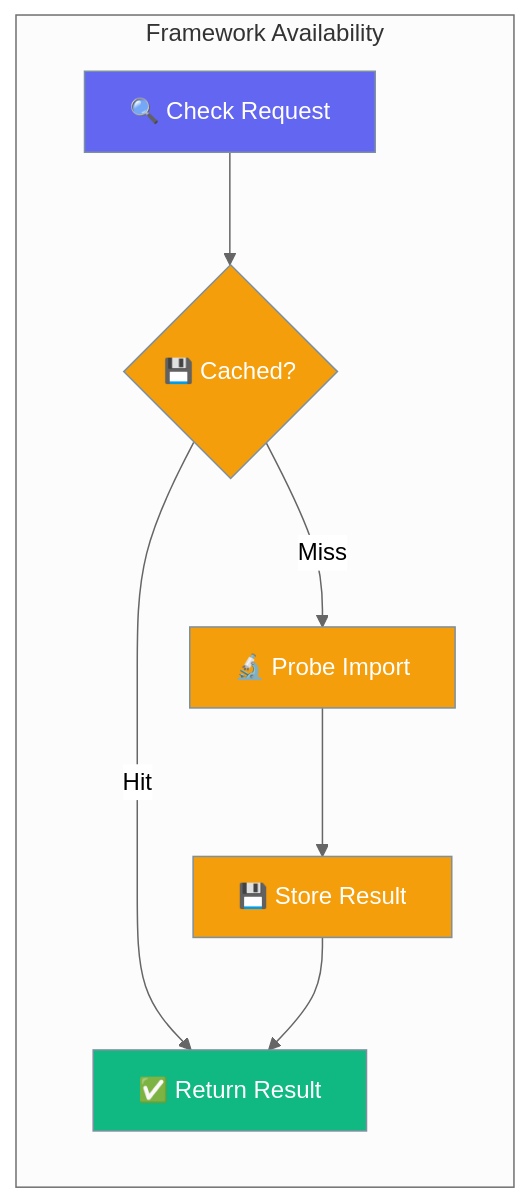
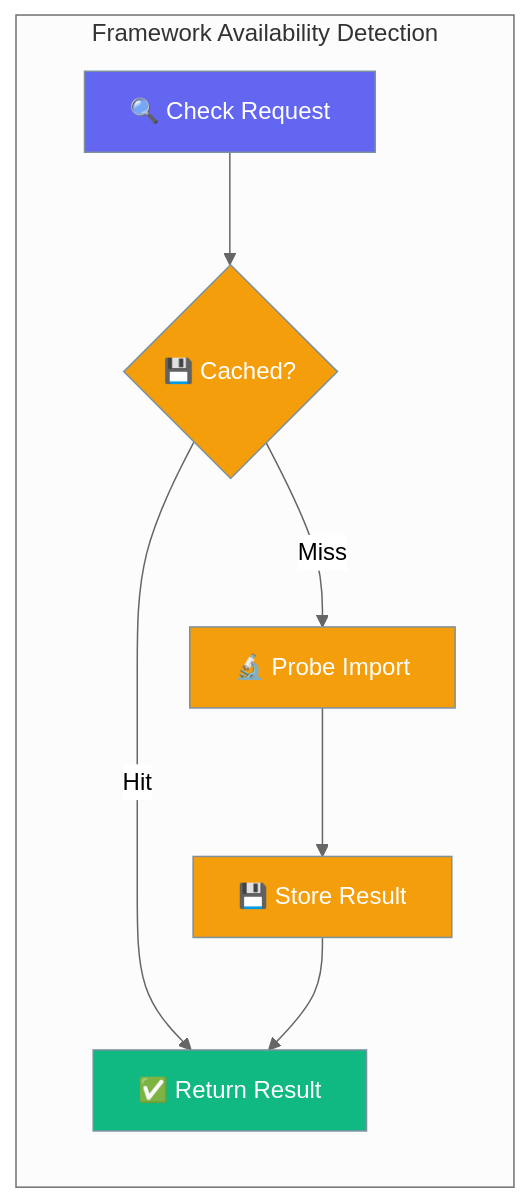
One commit to MervinPraison/PraisonAIDocs changed the first of 2 diagrams in docs/features/framework-availability.mdx. Above: the diagram before and after it, drawn with Mermaid (neutral theme). The commit also changed other lines of this file and 45 other files, not shown here.

First line of the commit message:
docs: fix truncated Mermaid diagram feature names (22-char cutoff)

````diff
--- a/docs/features/framework-availability.mdx
+++ b/docs/features/framework-availability.mdx
@@ -27,19 +27,19 @@
 ```mermaid
 graph LR
-    subgraph "Framework Availability"
+    subgraph "Framework Availability Detection"
         Check[🔍 Check Request] --> Cache{💾 Cached?}
         Cache -->|Hit| Result[✅ Return Result]
         Cache -->|Miss| Probe[🔬 Probe Import]
         Probe --> Store[💾 Store Result]
         Store --> Result
     end
 
     classDef input fill:#6366F1,stroke:#7C90A0,color:#fff
     classDef process fill:#F59E0B,stroke:#7C90A0,color:#fff
     classDef output fill:#10B981,stroke:#7C90A0,color:#fff
 
     class Check input
     class Cache,Probe,Store process
     class Result output
 
 ```
````
